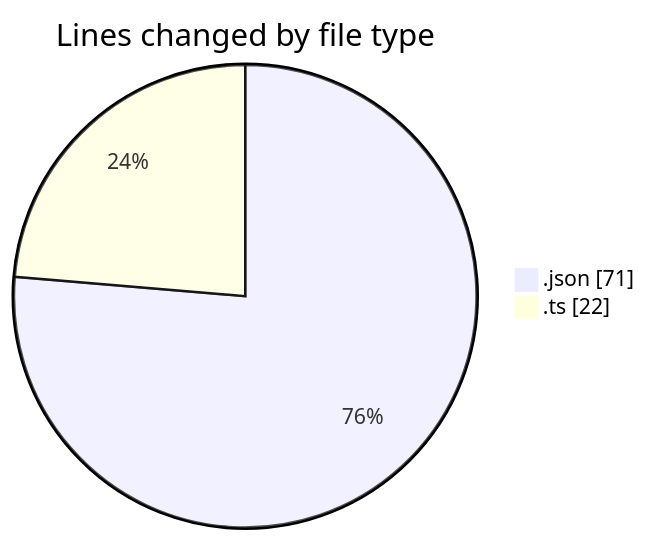
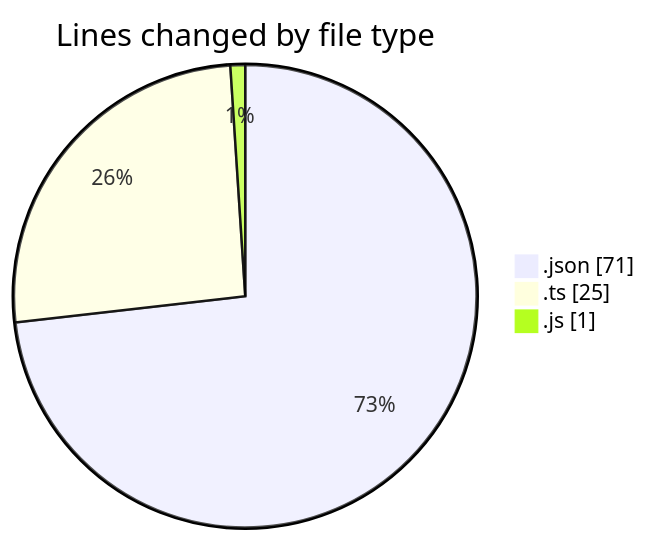
The first of 2 diagrams in 2025-02-06/cda/README.md (momahboobian/code-tracking), drawn with Mermaid before and after one commit. The commit also changed other lines of this file and 1 other file, not shown here.

````diff
--- a/2025-02-06/cda/README.md
+++ b/2025-02-06/cda/README.md
@@ -21,6 +22,7 @@
 ```mermaid
 pie showData
 title Lines changed by file type
 ".json" : 71
-".ts" : 22
+".ts" : 25
+".js" : 1
 ```
````
